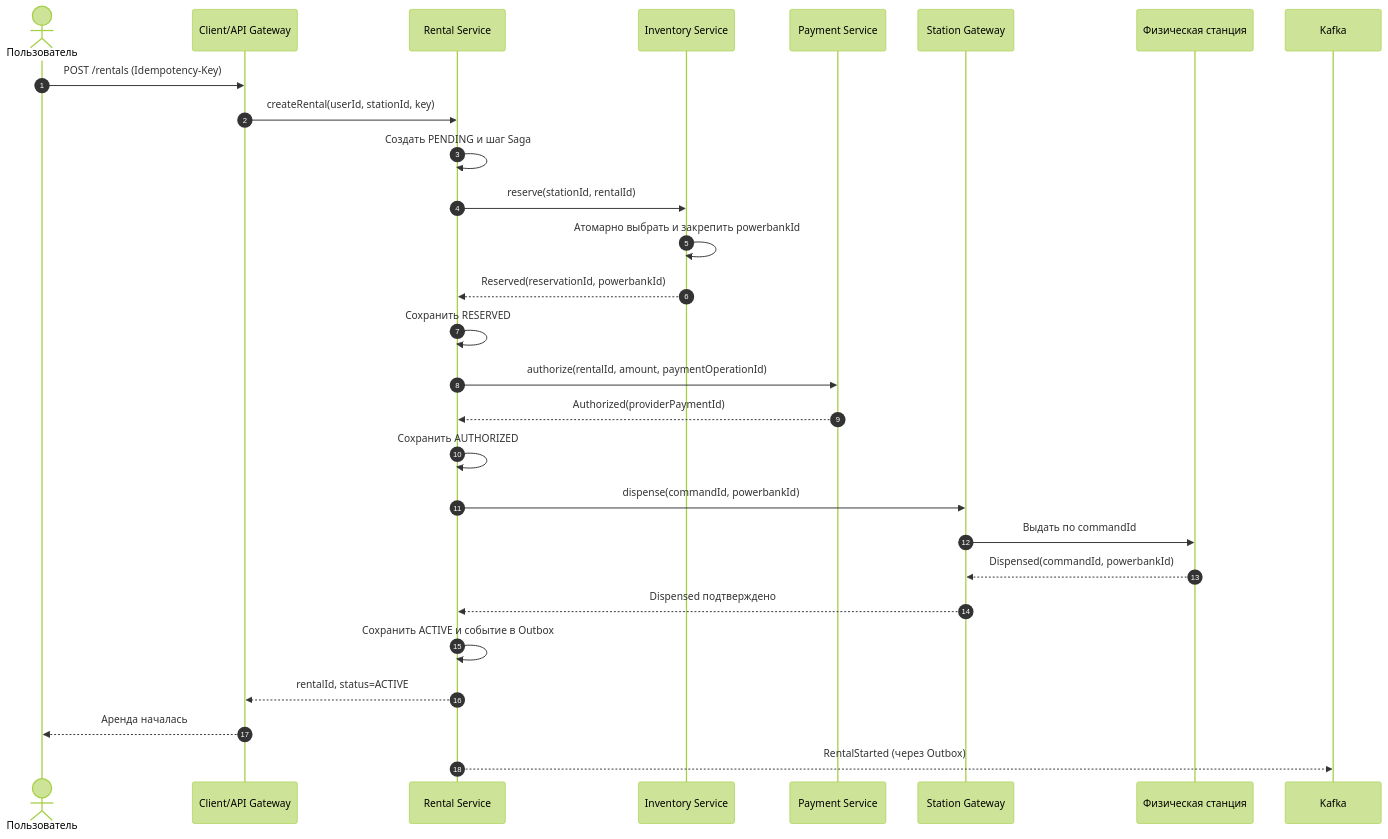
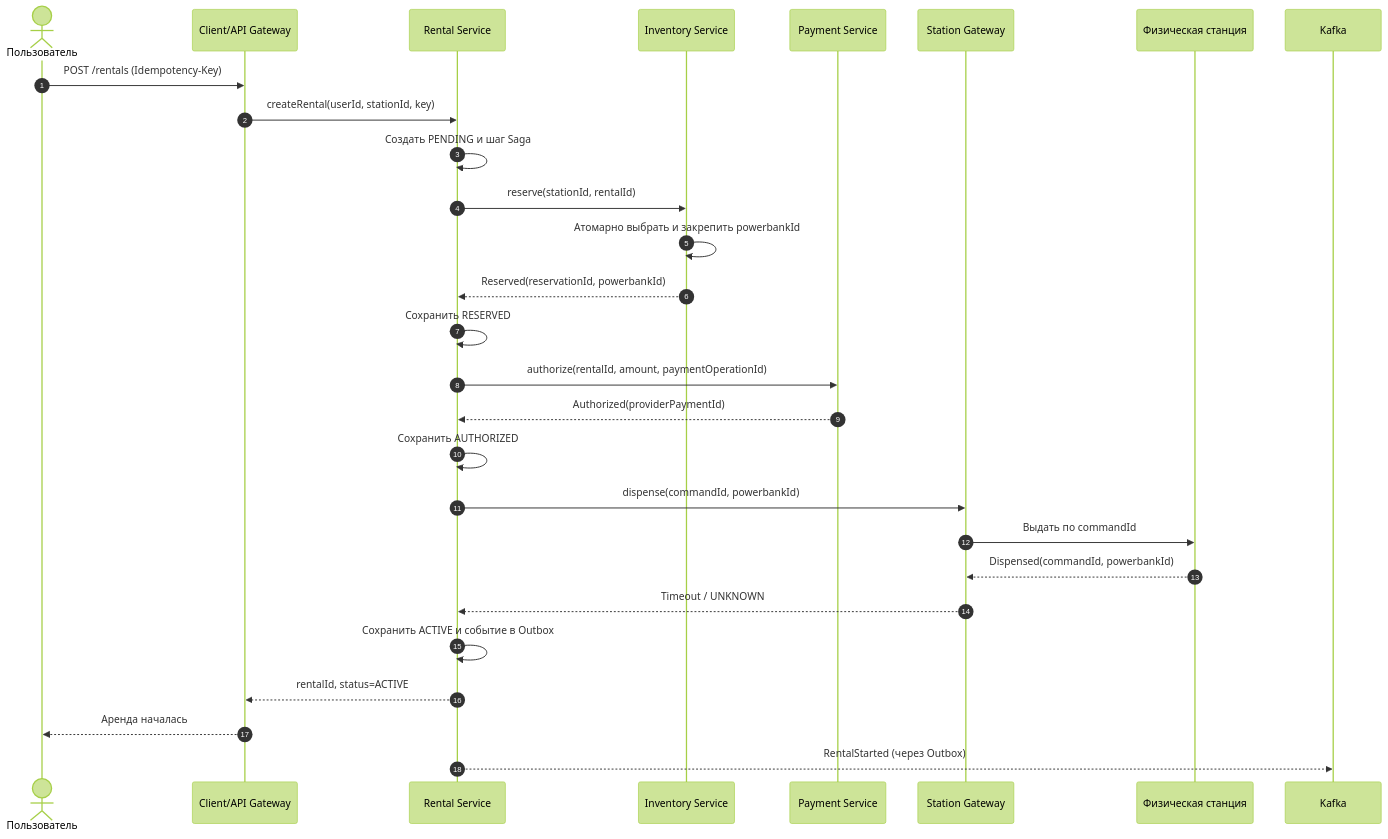
One commit to mariednsk/powerbank-rental changed the second of 5 diagrams in docs/process.md. Above: the diagram before and after it, drawn with Mermaid (forest theme).

````diff
--- a/docs/process.md
+++ b/docs/process.md
@@ -87,31 +87,31 @@
 ```mermaid
 sequenceDiagram
     autonumber
     actor U as Пользователь
     participant C as Client/API Gateway
     participant R as Rental Service
     participant I as Inventory Service
     participant P as Payment Service
     participant G as Station Gateway
     participant S as Физическая станция
     participant K as Kafka
 
     U->>C: POST /rentals (Idempotency-Key)
     C->>R: createRental(userId, stationId, key)
     R->>R: Создать PENDING и шаг Saga
     R->>I: reserve(stationId, rentalId)
     I->>I: Атомарно выбрать и закрепить powerbankId
     I-->>R: Reserved(reservationId, powerbankId)
     R->>R: Сохранить RESERVED
     R->>P: authorize(rentalId, amount, paymentOperationId)
     P-->>R: Authorized(providerPaymentId)
     R->>R: Сохранить AUTHORIZED
     R->>G: dispense(commandId, powerbankId)
     G->>S: Выдать по commandId
     S-->>G: Dispensed(commandId, powerbankId)
-    G-->>R: Dispensed подтверждено
+    G-->>R: Timeout / UNKNOWN
     R->>R: Сохранить ACTIVE и событие в Outbox
     R-->>C: rentalId, status=ACTIVE
     C-->>U: Аренда началась
     R-->>K: RentalStarted (через Outbox)
 ```
````
